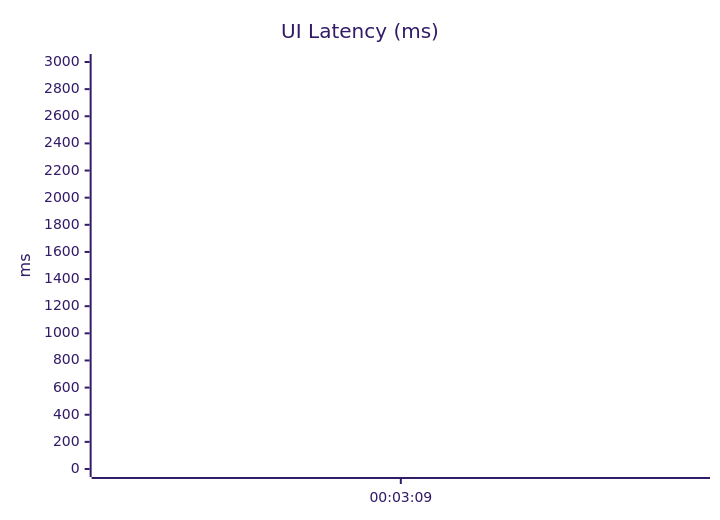
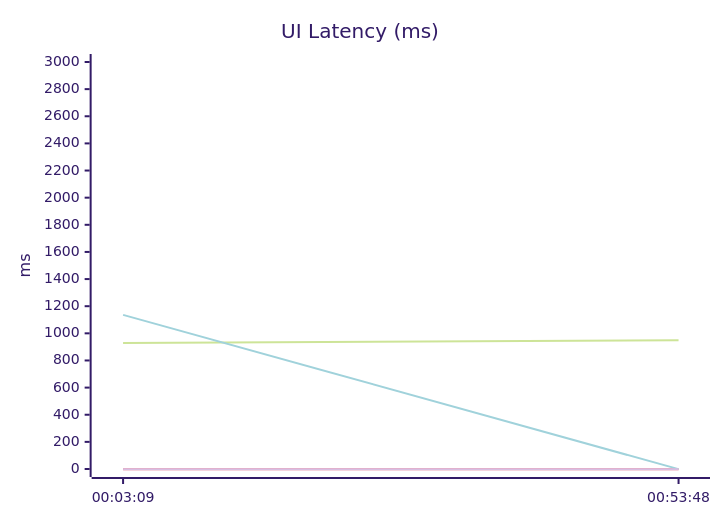
One commit to greenwave1987/clash_test changed the diagram in README.md. Above: the diagram before and after it, drawn with Mermaid (forest theme). The commit also changed other lines of this file and 1 other file, not shown here.

Commit message:
chore: update UI latency history

````diff
--- a/README.md
+++ b/README.md
@@ -16,10 +16,10 @@
 ```mermaid
 xychart-beta
   title "UI Latency (ms)"
-  x-axis ["00:03:09"]
+  x-axis ["00:03:09", "00:53:48"]
   y-axis "ms" 0 --> 3000
-  line "http://jz.***.uy" [928]
-  line "http://jz.***.io" [-1]
-  line "http://greenwave1987.***.in" [1136]
-  line "http://jz.***.xyz" [-1]
+  line "http://jz.***.uy" [928, 949]
+  line "http://jz.***.io" [-1, -1]
+  line "http://greenwave1987.***.in" [1136, -1]
+  line "http://jz.***.xyz" [-1, -1]
 ```
````
